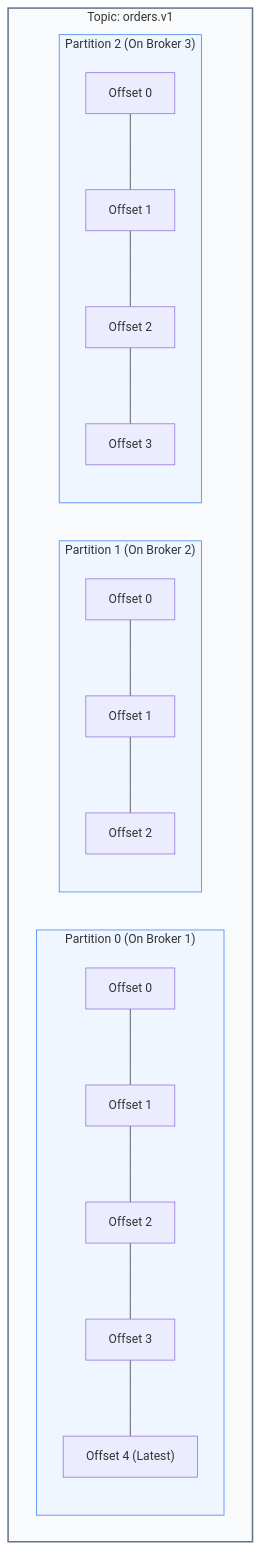
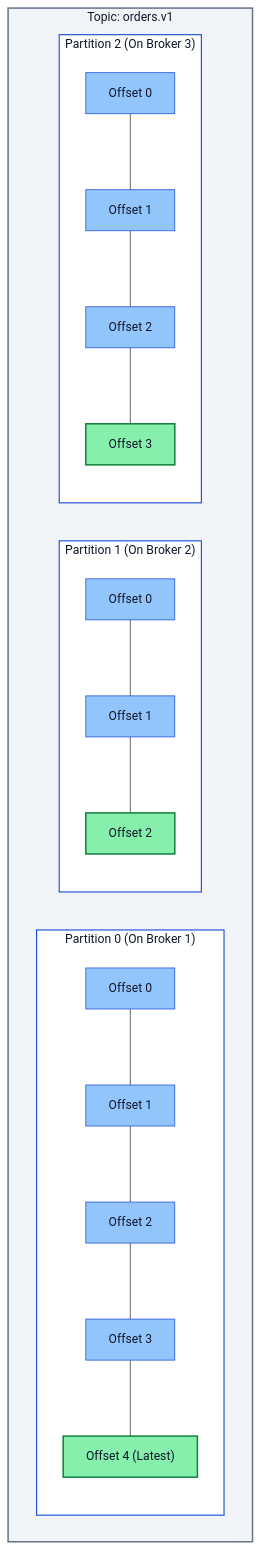
One commit to PandeyKishan/Study-Notes changed the third of 5 diagrams in 03-Apache-Kafka/01-Architecture-and-Log-Internals.md. Above: the diagram before and after it, drawn with Mermaid. The commit also changed other lines of this file and 22 other files, not shown here.

Commit message:
docs: enhance diagram visibility with high-contrast palette and add concise book definitions

````diff
--- a/03-Apache-Kafka/01-Architecture-and-Log-Internals.md
+++ b/03-Apache-Kafka/01-Architecture-and-Log-Internals.md
@@ -113,19 +138,31 @@
 ```mermaid
 flowchart TD
     subgraph Topic["Topic: orders.v1"]
         subgraph P0["Partition 0 (On Broker 1)"]
             O0["Offset 0"] --- O1["Offset 1"] --- O2["Offset 2"] --- O3["Offset 3"] --- O4["Offset 4 (Latest)"]
         end
         subgraph P1["Partition 1 (On Broker 2)"]
             P0_O0["Offset 0"] --- P0_O1["Offset 1"] --- P0_O2["Offset 2"]
         end
         subgraph P2["Partition 2 (On Broker 3)"]
             P2_O0["Offset 0"] --- P2_O1["Offset 1"] --- P2_O2["Offset 2"] --- P2_O3["Offset 3"]
         end
     end
 
-    style Topic fill:#f8fafc,stroke:#64748b,stroke-width:2px
-    style P0 fill:#eff6ff,stroke:#3b82f6,stroke-width:1px
-    style P1 fill:#eff6ff,stroke:#3b82f6,stroke-width:1px
-    style P2 fill:#eff6ff,stroke:#3b82f6,stroke-width:1px
+    style Topic fill:#f1f5f9,stroke:#64748b,stroke-width:2px,color:#0f172a
+    style P0 fill:#ffffff,stroke:#1d4ed8,stroke-width:1.5px,color:#0f172a
+    style P1 fill:#ffffff,stroke:#1d4ed8,stroke-width:1.5px,color:#0f172a
+    style P2 fill:#ffffff,stroke:#1d4ed8,stroke-width:1.5px,color:#0f172a
+    style O0 fill:#93c5fd,stroke:#1d4ed8,stroke-width:1px,color:#0f172a
+    style O1 fill:#93c5fd,stroke:#1d4ed8,stroke-width:1px,color:#0f172a
+    style O2 fill:#93c5fd,stroke:#1d4ed8,stroke-width:1px,color:#0f172a
+    style O3 fill:#93c5fd,stroke:#1d4ed8,stroke-width:1px,color:#0f172a
+    style O4 fill:#86efac,stroke:#15803d,stroke-width:2px,color:#0f172a
+    style P0_O0 fill:#93c5fd,stroke:#1d4ed8,stroke-width:1px,color:#0f172a
+    style P0_O1 fill:#93c5fd,stroke:#1d4ed8,stroke-width:1px,color:#0f172a
+    style P0_O2 fill:#86efac,stroke:#15803d,stroke-width:2px,color:#0f172a
+    style P2_O0 fill:#93c5fd,stroke:#1d4ed8,stroke-width:1px,color:#0f172a
+    style P2_O1 fill:#93c5fd,stroke:#1d4ed8,stroke-width:1px,color:#0f172a
+    style P2_O2 fill:#93c5fd,stroke:#1d4ed8,stroke-width:1px,color:#0f172a
+    style P2_O3 fill:#86efac,stroke:#15803d,stroke-width:2px,color:#0f172a
 ```
````
